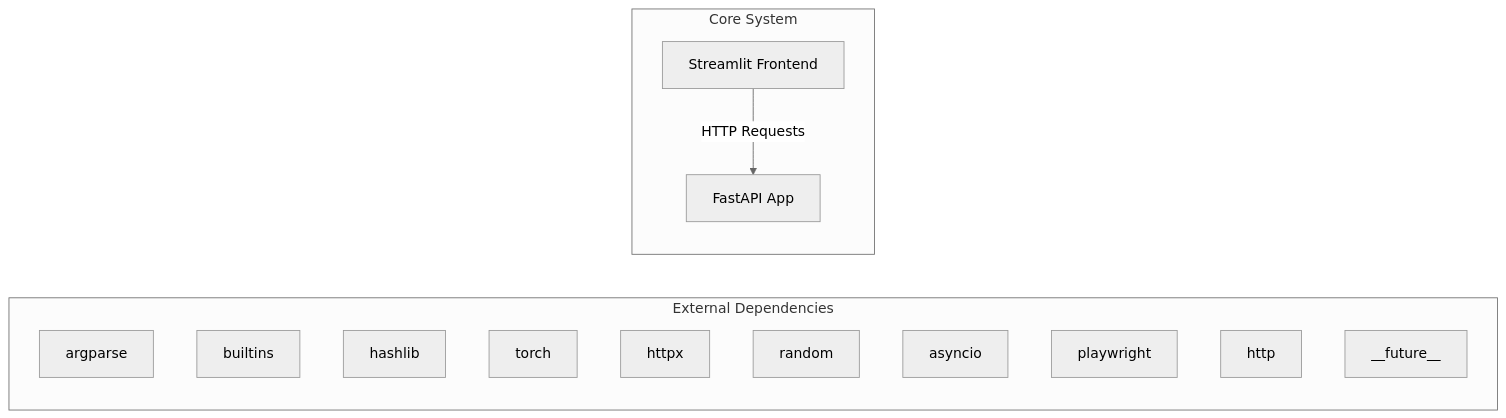
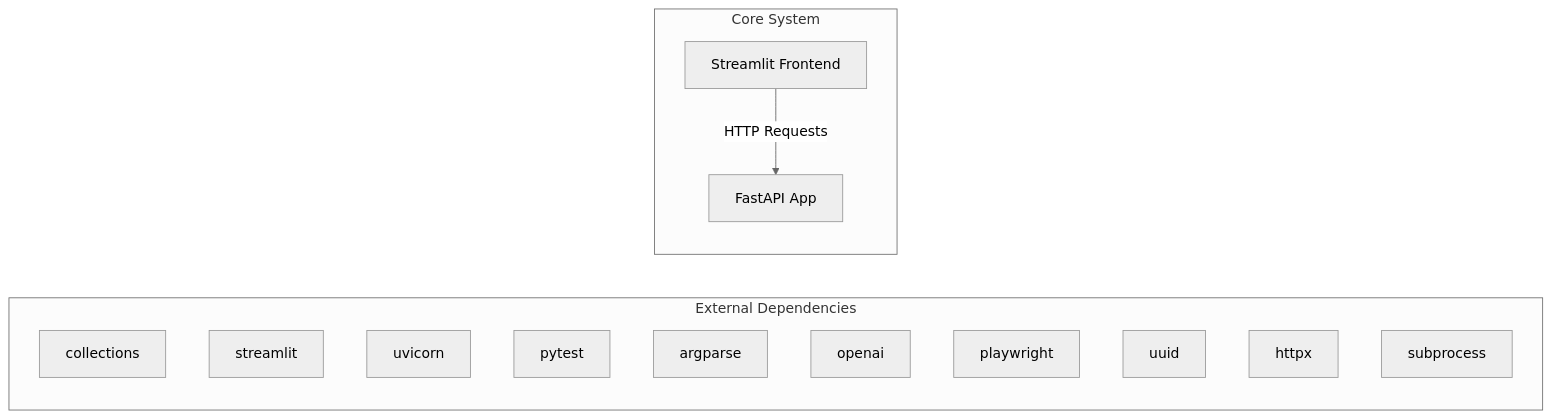
Before and after one commit to NITISH-R-G/rag-context-optimizer: the first of 2 diagrams in docs/architecture.md, drawn with Mermaid (neutral theme). The commit also changed 1 other file, not shown here.

Commit message:
docs: auto-update repository knowledge, architecture diagrams, and documentation

````diff
--- a/docs/architecture.md
+++ b/docs/architecture.md
@@ -7,20 +7,20 @@
 ```mermaid
 graph LR
     subgraph External Dependencies
-        E0["argparse"]
-        E1["builtins"]
-        E2["hashlib"]
-        E3["torch"]
-        E4["httpx"]
-        E5["random"]
-        E6["asyncio"]
-        E7["playwright"]
-        E8["http"]
-        E9["__future__"]
+        E0["collections"]
+        E1["streamlit"]
+        E2["uvicorn"]
+        E3["pytest"]
+        E4["argparse"]
+        E5["openai"]
+        E6["playwright"]
+        E7["uuid"]
+        E8["httpx"]
+        E9["subprocess"]
     end
     subgraph Core System
         API["FastAPI App"]
         UI["Streamlit Frontend"]
     end
     UI -->|HTTP Requests| API
 ```
````
